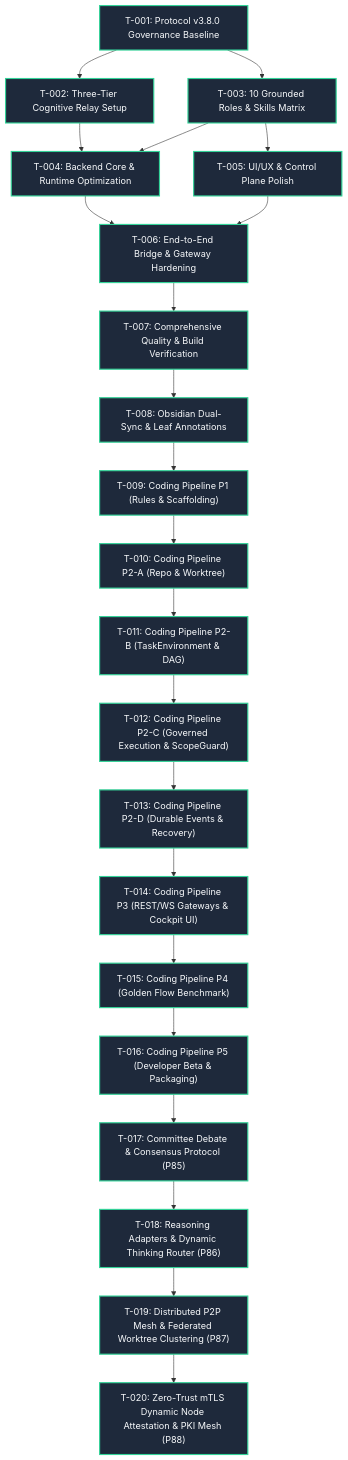
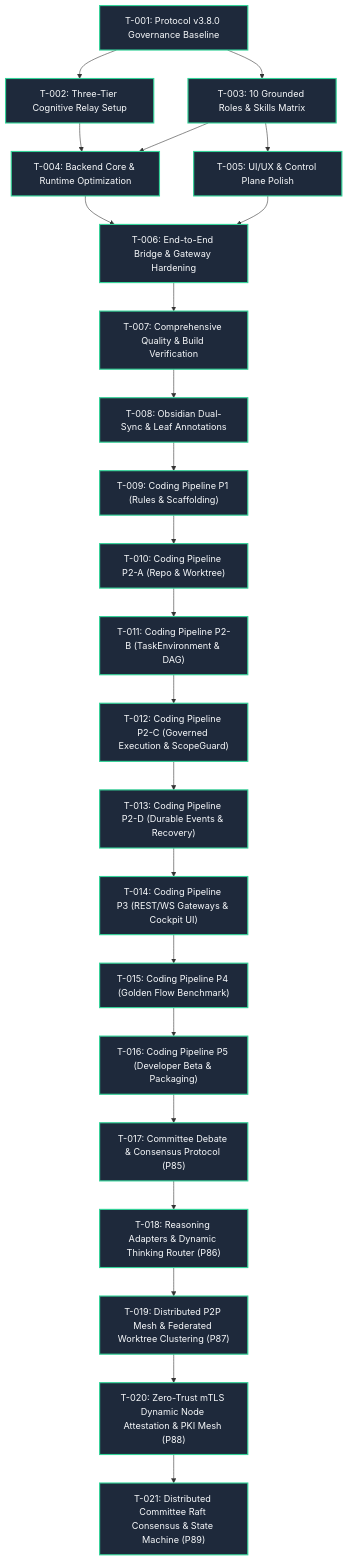
The diagram in docs/obsidian/05 Task Status & Multi-Agent Execution DAG.md (OPluke11-abula/LLM-Agent-System), drawn with Mermaid before and after one commit. The commit also changed other lines of this file and 13 other files, not shown here.

Commit message:
feat(raft): implement distributed committee raft consensus and replicated debate state machine (p89) (#12)

````diff
--- a/docs/obsidian/05 Task Status & Multi-Agent Execution DAG.md
+++ b/docs/obsidian/05 Task Status & Multi-Agent Execution DAG.md
@@ -24,48 +24,50 @@
 ```mermaid
 graph TD
     classDef done fill:#1e293b,stroke:#34d399,stroke-width:2px,color:#f8fafc;
     classDef todo fill:#1e293b,stroke:#f59e0b,stroke-width:2px,color:#f8fafc;
 
     T01["T-001: Protocol v3.8.0 Governance Baseline"]:::done
     T02["T-002: Three-Tier Cognitive Relay Setup"]:::done
     T03["T-003: 10 Grounded Roles & Skills Matrix"]:::done
     T04["T-004: Backend Core & Runtime Optimization"]:::done
     T05["T-005: UI/UX & Control Plane Polish"]:::done
     T06["T-006: End-to-End Bridge & Gateway Hardening"]:::done
     T07["T-007: Comprehensive Quality & Build Verification"]:::done
     T08["T-008: Obsidian Dual-Sync & Leaf Annotations"]:::done
     T09["T-009: Coding Pipeline P1 (Rules & Scaffolding)"]:::done
     T10["T-010: Coding Pipeline P2-A (Repo & Worktree)"]:::done
     T11["T-011: Coding Pipeline P2-B (TaskEnvironment & DAG)"]:::done
     T12["T-012: Coding Pipeline P2-C (Governed Execution & ScopeGuard)"]:::done
     T13["T-013: Coding Pipeline P2-D (Durable Events & Recovery)"]:::done
     T14["T-014: Coding Pipeline P3 (REST/WS Gateways & Cockpit UI)"]:::done
     T15["T-015: Coding Pipeline P4 (Golden Flow Benchmark)"]:::done
     T16["T-016: Coding Pipeline P5 (Developer Beta & Packaging)"]:::done
     T17["T-017: Committee Debate & Consensus Protocol (P85)"]:::done
     T18["T-018: Reasoning Adapters & Dynamic Thinking Router (P86)"]:::done
     T19["T-019: Distributed P2P Mesh & Federated Worktree Clustering (P87)"]:::done
     T20["T-020: Zero-Trust mTLS Dynamic Node Attestation & PKI Mesh (P88)"]:::done
+    T21["T-021: Distributed Committee Raft Consensus & State Machine (P89)"]:::done
 
     T01 --> T02
     T01 --> T03
     T02 --> T04
     T03 --> T04
     T03 --> T05
     T04 --> T06
     T05 --> T06
     T06 --> T07
     T07 --> T08
     T08 --> T09
     T09 --> T10
     T10 --> T11
     T11 --> T12
     T12 --> T13
     T13 --> T14
     T14 --> T15
     T15 --> T16
     T16 --> T17
     T17 --> T18
     T18 --> T19
     T19 --> T20
+    T20 --> T21
 ```
````
